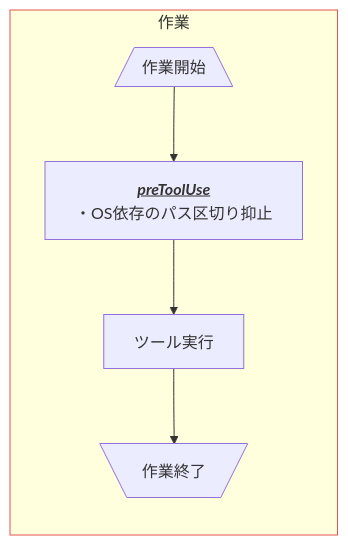
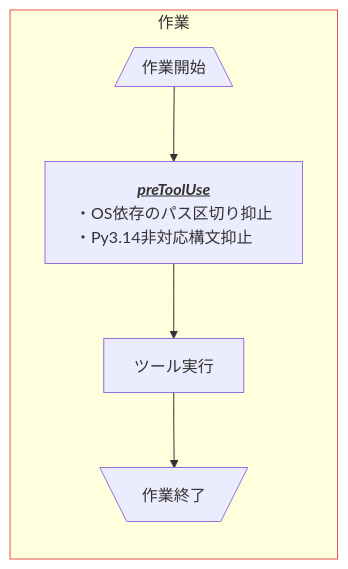
Before and after one commit to Widthdom/GHCAgentRefinement: the diagram in .github/-repo-README.md, drawn with Mermaid. The commit also changed other lines of this file and 4 other files, not shown here.

````diff
--- a/.github/-repo-README.md
+++ b/.github/-repo-README.md
@@ -15,18 +15,18 @@
 ```mermaid
 flowchart LR
 
     LoopStart[/作業開始\]
 
-    preToolUse["<b><i><u>preToolUse</u></i></b><br/><div style='text-align: left'>・OS依存のパス区切り抑止</div>"]
+    preToolUse["<b><i><u>preToolUse</u></i></b><br/><div style='text-align: left'>・OS依存のパス区切り抑止<br/>・Py3.14非対応構文抑止</div>"]
 
     runTool["ツール実行"]
 
     LoopEnd[\作業終了/]
 
     subgraph workDetail["作業"]
         direction TB
         LoopStart --> preToolUse --> runTool --> LoopEnd
     end
 
     style workDetail stroke:#e5534b
 ```
````
